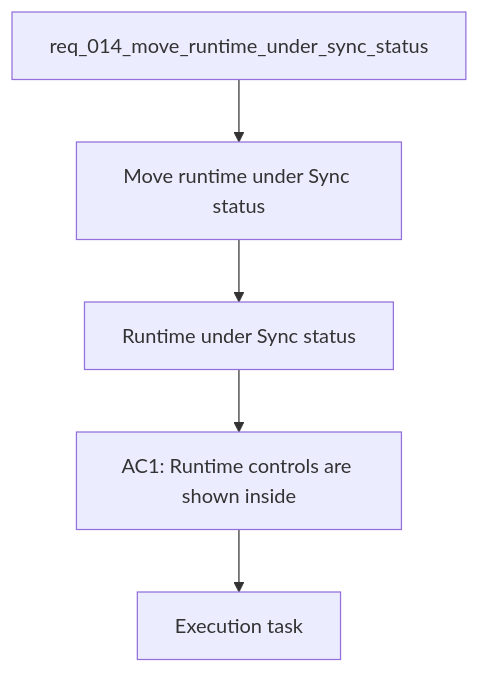
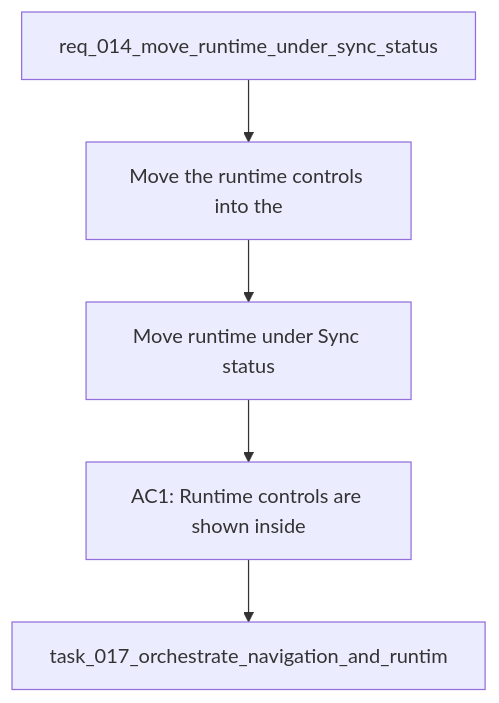
Before and after one commit to AlexAgo83/deepvault: the diagram in logics/backlog/item_045_move_runtime_under_sync_status.md, drawn with Mermaid. The commit also changed 57 other files, not shown here.

````diff
--- a/logics/backlog/item_045_move_runtime_under_sync_status.md
+++ b/logics/backlog/item_045_move_runtime_under_sync_status.md
@@ -23,9 +23,9 @@
 ```mermaid
 %% logics-kind: backlog
-%% logics-signature: backlog|move-runtime-under-sync-status|req-014-move-runtime-under-sync-statu|move-the-runtime-controls-into-the|ac1-runtime-controls-are-shown-inside
+%% logics-signature: backlog|move-runtime-under-sync-status|req-014-move-runtime-under-sync-status|move-the-runtime-controls-into-the|ac1-runtime-controls-are-shown-inside
 flowchart TD
-    Request[req_014_move_runtime_under_sync_status] --> Problem[Move runtime under Sync status]
-    Problem --> Scope[Runtime under Sync status]
+    Request[req_014_move_runtime_under_sync_status] --> Problem[Move the runtime controls into the]
+    Problem --> Scope[Move runtime under Sync status]
     Scope --> Acceptance[AC1: Runtime controls are shown inside]
-    Acceptance --> Tasks[Execution task]
+    Acceptance --> Tasks[task_017_orchestrate_navigation_and_runtim]
 ```
````
